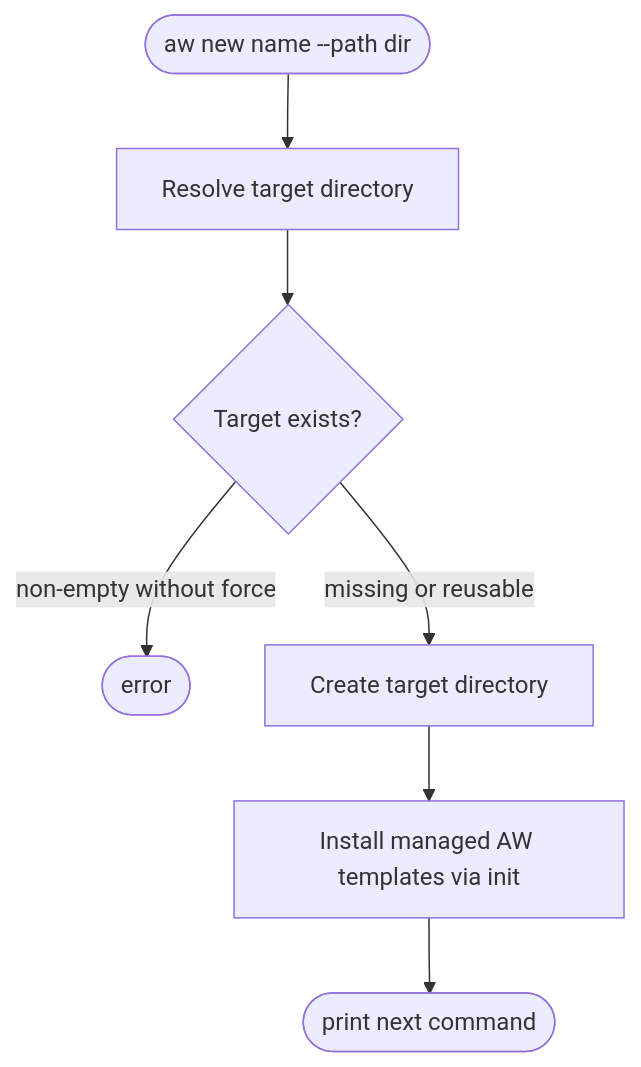
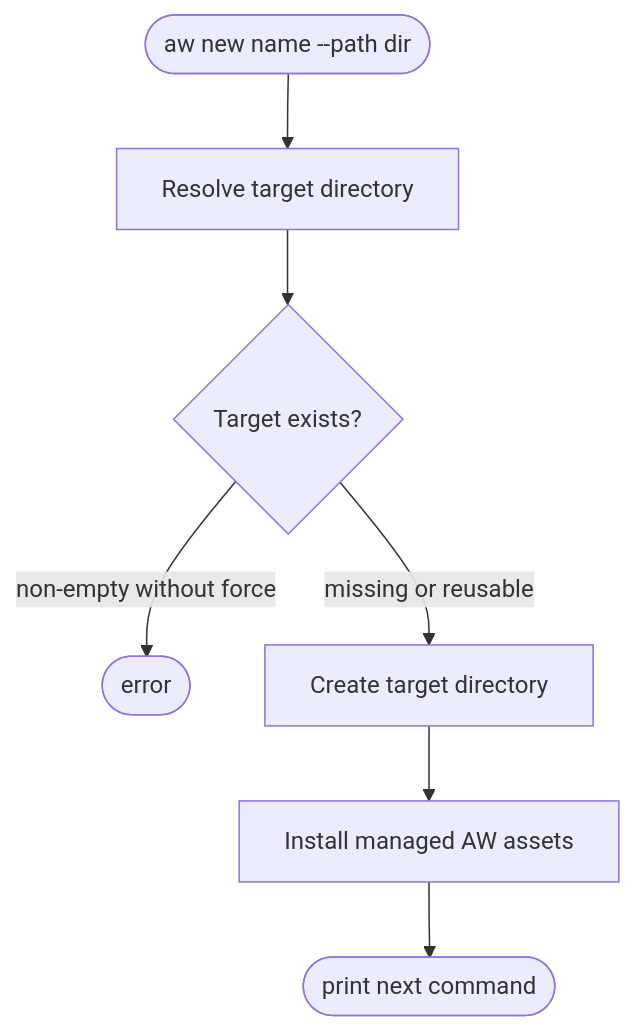
Before and after one commit to chrischeng-c4/axiom: the first of 2 diagrams in projects/agentic-workflow/tech-design/logic/manage-aw-init-templates-as-greenfield-ready-artifacts.md, drawn with Mermaid. The commit also changed other lines of this file and 124 other files, not shown here.

````diff
--- a/projects/agentic-workflow/tech-design/logic/manage-aw-init-templates-as-greenfield-ready-artifacts.md
+++ b/projects/agentic-workflow/tech-design/logic/manage-aw-init-templates-as-greenfield-ready-artifacts.md
@@ -12,54 +12,54 @@
 ```mermaid
 ---
 id: aw-greenfield-project-bootstrap-flow
 entry: start
 nodes:
   start:
     kind: start
     label: "aw new receives project name plus optional --path"
   resolve_target:
     kind: process
     label: "Resolve target dir: --path when supplied, otherwise current directory joined with project name"
   target_exists:
     kind: decision
     label: "Target path already exists?"
   reject_non_empty:
     kind: terminal
     label: "Fail unless the existing target is an empty directory or --force is supplied"
   create_target:
     kind: process
     label: "Create target directory and minimal greenfield marker files"
-  run_init:
+  install_assets:
     kind: process
-    label: "Run init installer against target using managed templates and non-interactive platform defaults"
+    label: "Install managed assets against target using non-interactive platform defaults"
   report:
     kind: terminal
     label: "Print target path and next command for the user"
 edges:
   - from: start
     to: resolve_target
     label: "parse args"
   - from: resolve_target
     to: target_exists
     label: "stat target"
   - from: target_exists
     to: reject_non_empty
     label: "exists and not safely reusable"
   - from: target_exists
     to: create_target
     label: "missing or reusable"
   - from: create_target
-    to: run_init
+    to: install_assets
     label: "directory ready"
-  - from: run_init
+  - from: install_assets
     to: report
     label: ".aw installed"
 ---
 flowchart TD
     start([aw new name --path dir]) --> resolve_target[Resolve target directory]
     resolve_target --> target_exists{Target exists?}
     target_exists -->|non-empty without force| reject_non_empty([error])
     target_exists -->|missing or reusable| create_target[Create target directory]
-    create_target --> run_init[Install managed AW templates via init]
-    run_init --> report([print next command])
+    create_target --> install_assets[Install managed AW assets]
+    install_assets --> report([print next command])
 ```
````
